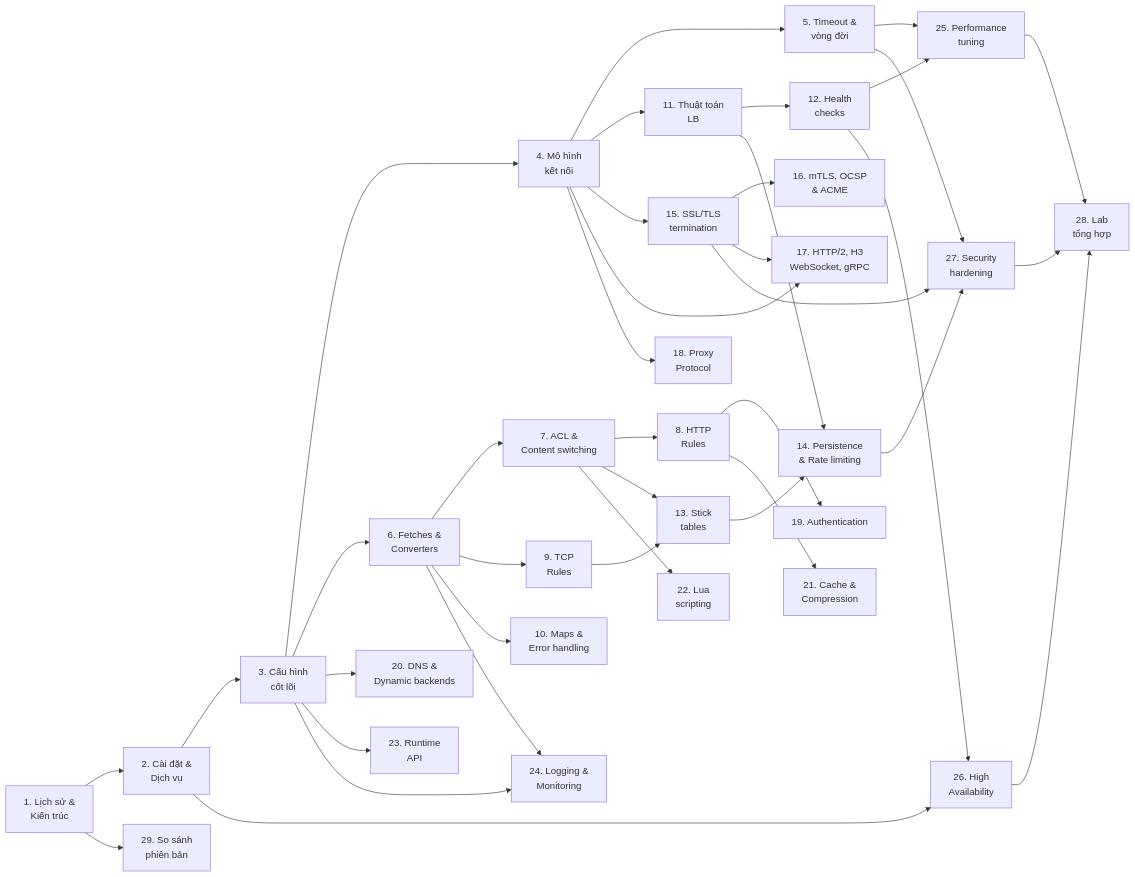
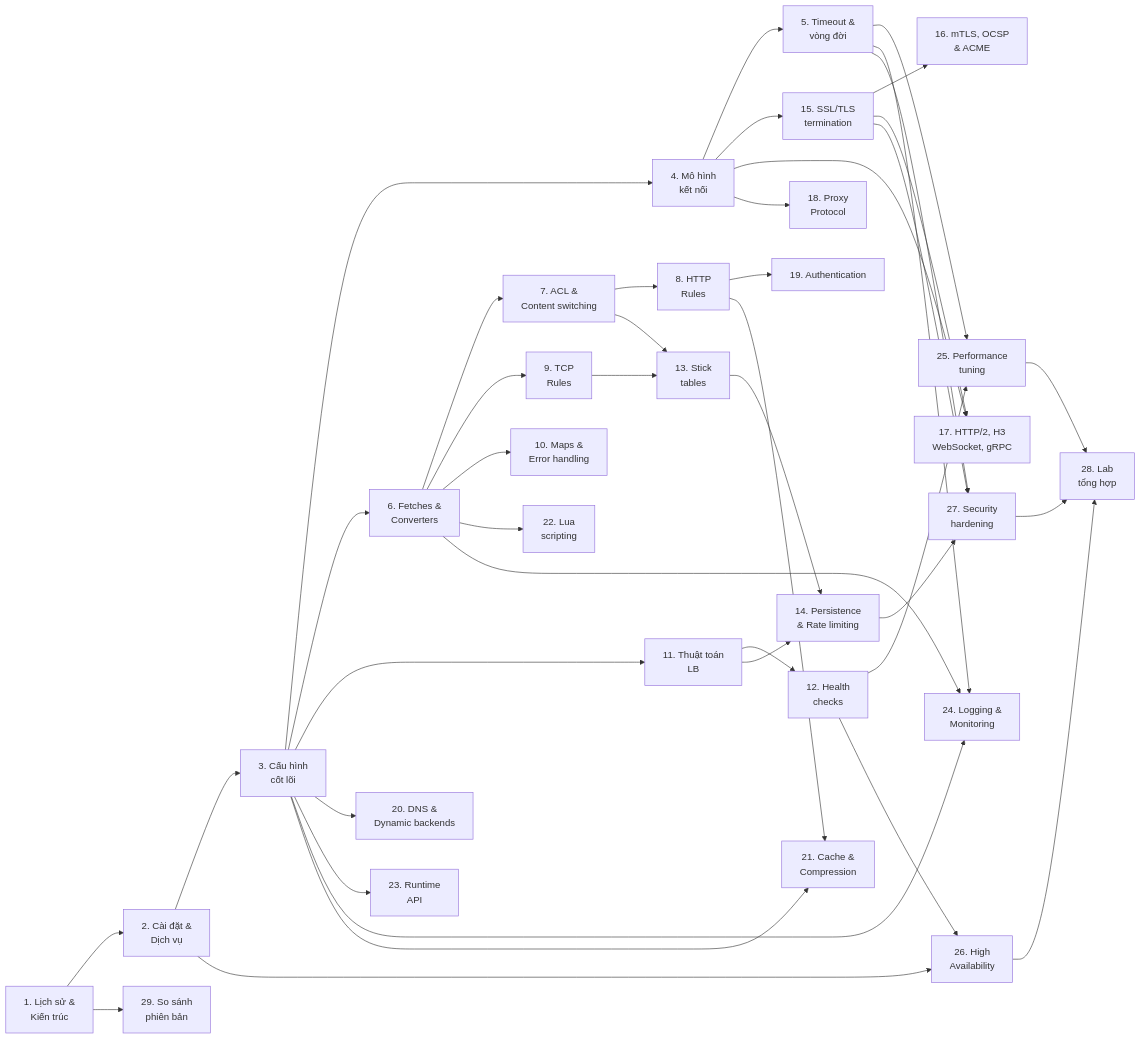
Before and after one commit to volehuy1998/network-onboard: the diagram in haproxy-onboard/README.md, drawn with Mermaid. The commit also changed other lines of this file and 8 other files, not shown here.

````diff
--- a/haproxy-onboard/README.md
+++ b/haproxy-onboard/README.md
@@ -19,63 +19,65 @@
 ```mermaid
 graph LR
     P1["1. Lịch sử &<br/>Kiến trúc"]
     P2["2. Cài đặt &<br/>Dịch vụ"]
     P3["3. Cấu hình<br/>cốt lõi"]
     P4["4. Mô hình<br/>kết nối"]
     P5["5. Timeout &<br/>vòng đời"]
     P6["6. Fetches &<br/>Converters"]
     P7["7. ACL &<br/>Content switching"]
     P8["8. HTTP<br/>Rules"]
     P9["9. TCP<br/>Rules"]
     P10["10. Maps &<br/>Error handling"]
     P11["11. Thuật toán<br/>LB"]
     P12["12. Health<br/>checks"]
     P13["13. Stick<br/>tables"]
     P14["14. Persistence<br/>& Rate limiting"]
     P15["15. SSL/TLS<br/>termination"]
     P16["16. mTLS, OCSP<br/>& ACME"]
     P17["17. HTTP/2, H3<br/>WebSocket, gRPC"]
     P18["18. Proxy<br/>Protocol"]
     P19["19. Authentication"]
     P20["20. DNS &<br/>Dynamic backends"]
     P21["21. Cache &<br/>Compression"]
     P22["22. Lua<br/>scripting"]
     P23["23. Runtime<br/>API"]
     P24["24. Logging &<br/>Monitoring"]
     P25["25. Performance<br/>tuning"]
     P26["26. High<br/>Availability"]
     P27["27. Security<br/>hardening"]
     P28["28. Lab<br/>tổng hợp"]
     P29["29. So sánh<br/>phiên bản"]
 
     P1 --> P2 --> P3 --> P4 --> P5
     P3 --> P6 --> P7 --> P8
     P6 --> P9
     P6 --> P10
-    P4 --> P11 --> P12
+    P3 --> P11 --> P12
     P7 --> P13 --> P14
     P11 --> P14
     P9 --> P13
     P4 --> P15 --> P16
     P15 --> P17
     P4 --> P17
     P4 --> P18
     P8 --> P19
     P3 --> P20
     P8 --> P21
-    P7 --> P22
+    P6 --> P22
     P3 --> P23
     P3 --> P24
     P6 --> P24
     P5 --> P25
+    P5 --> P24
+    P3 --> P21
     P12 --> P25
     P2 --> P26
     P12 --> P26
     P5 --> P27
     P14 --> P27
     P15 --> P27
     P25 --> P28
     P26 --> P28
     P27 --> P28
     P1 --> P29
 ```
````
